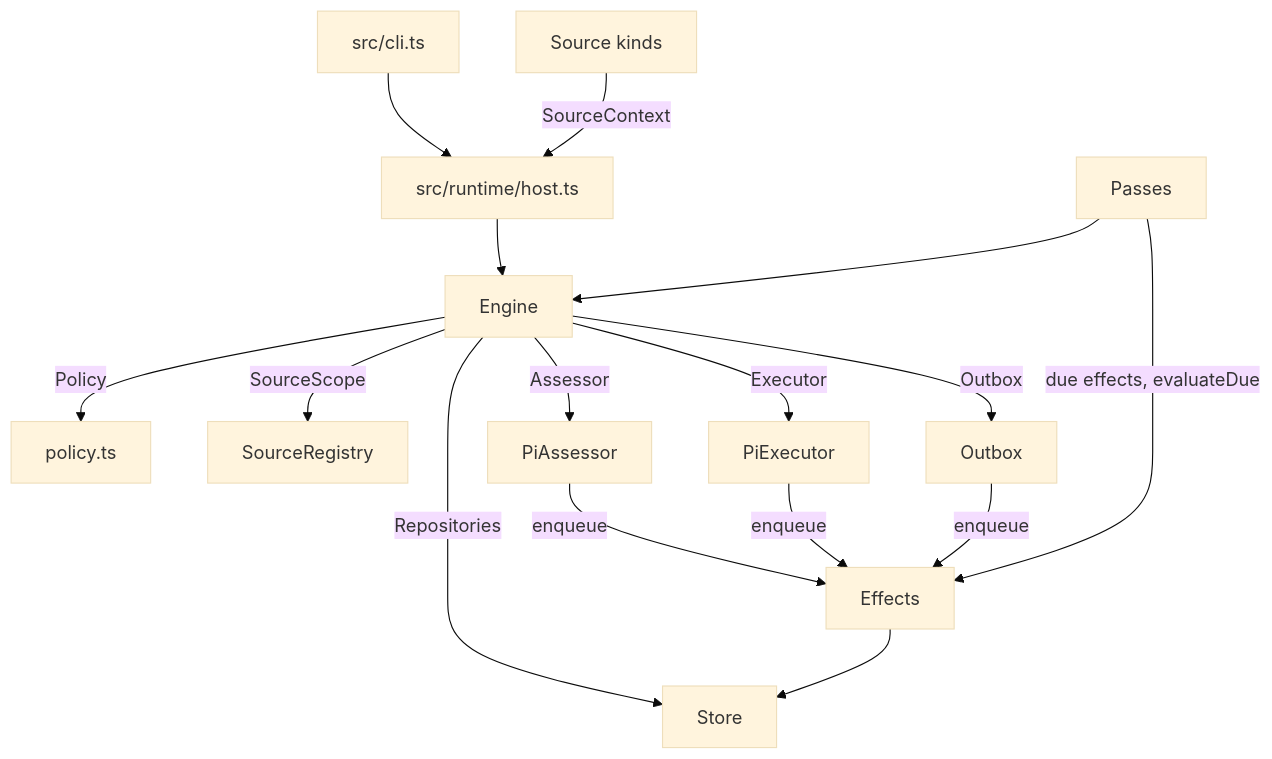
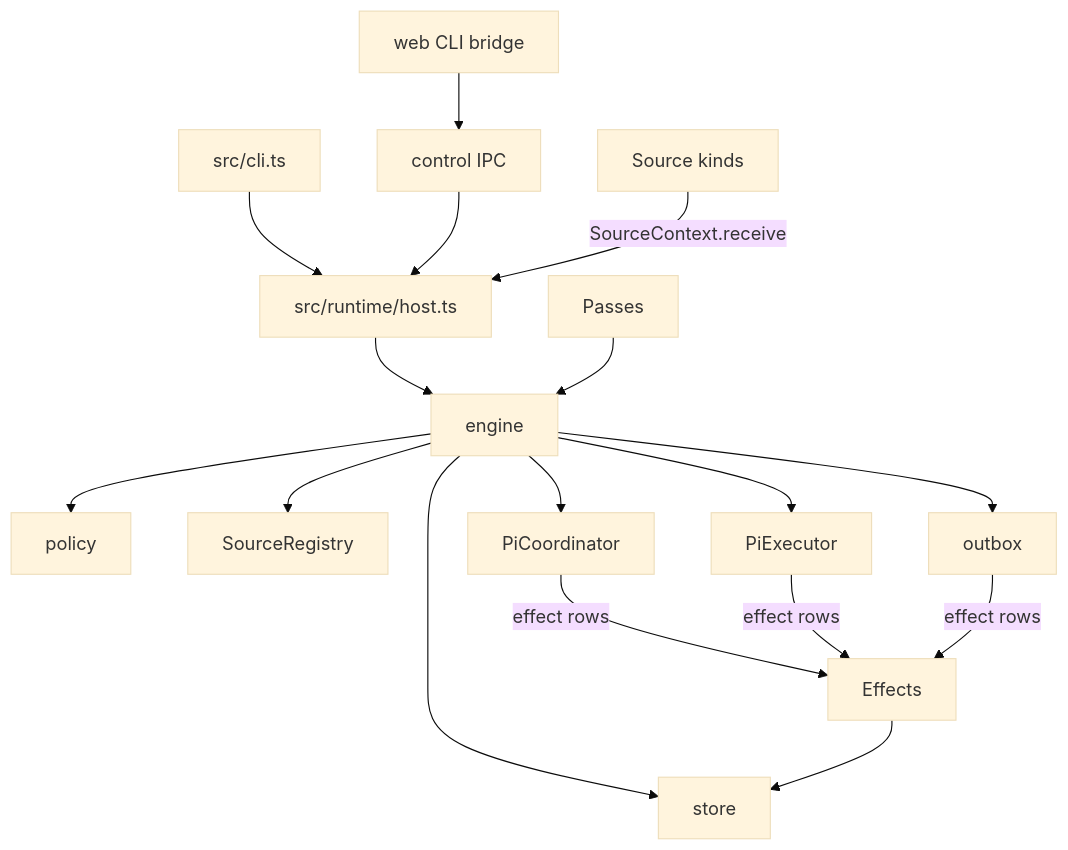
Before and after one commit to nocoo/pi-superagent: the diagram in docs/007-architecture.md, drawn with Mermaid (base theme). The commit also changed other lines of this file and 70 other files, not shown here.

````diff
--- a/docs/007-architecture.md
+++ b/docs/007-architecture.md
@@ -12,16 +11,17 @@
 ```mermaid
 flowchart TB
   cli[src/cli.ts] --> host
-  sources[Source kinds] -->|SourceContext| host
+  web[web CLI bridge] --> control[control IPC]
+  control --> host
+  sources[Source kinds] -->|SourceContext.receive| host
   host[src/runtime/host.ts] --> engine
-  engine[Engine] -->|Repositories| store[Store]
-  engine -->|Policy| policy[policy.ts]
-  engine -->|SourceScope| registry[SourceRegistry]
-  engine -->|Assessor| assessor[PiAssessor]
-  engine -->|Executor| executor[PiExecutor]
-  engine -->|Outbox| outbox[Outbox]
+  engine --> policy
+  engine --> store
+  engine --> registry[SourceRegistry]
+  engine --> coordinator[PiCoordinator]
+  engine --> executor[PiExecutor]
+  engine --> outbox
   effects[Effects] --> store
-  assessor & executor & outbox -->|enqueue| effects
-  passes[Passes] -->|due effects, evaluateDue| effects
-  passes --> engine
+  coordinator & executor & outbox -->|effect rows| effects
+  passes[Passes] --> engine
 ```
````
